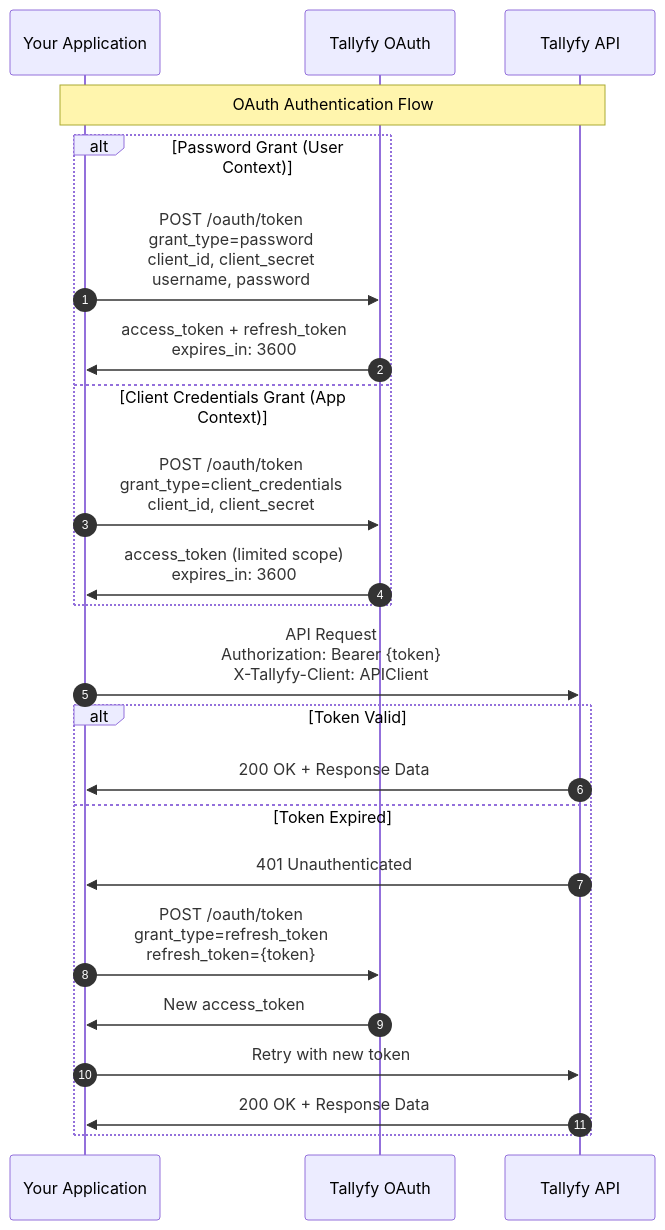
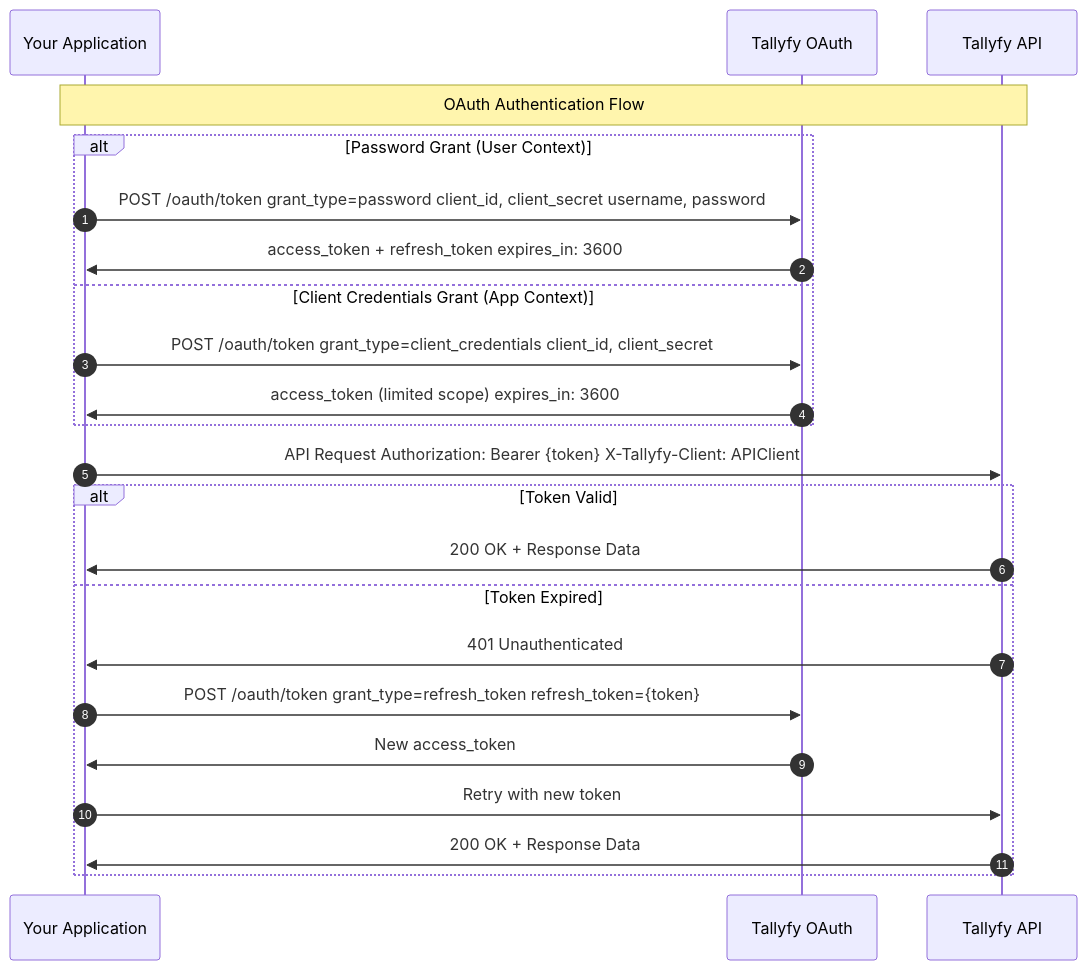
The diagram in src/content/docs/pro/integrations/open-api/how-to-integrate-with-tallyfy-using-api.mdx (tallyfy/documentation), drawn with Mermaid before and after one commit. The commit also changed 46 other files, not shown here.

Commit message:
Update Mermaid notation

````diff
--- a/src/content/docs/pro/integrations/open-api/how-to-integrate-with-tallyfy-using-api.mdx
+++ b/src/content/docs/pro/integrations/open-api/how-to-integrate-with-tallyfy-using-api.mdx
@@ -76,29 +76,29 @@
 ```mermaid
 sequenceDiagram
-    autonumber
-    participant App as Your Application
-    participant Auth as Tallyfy OAuth
-    participant API as Tallyfy API
-    
-    Note over App,API: OAuth Authentication Flow
-    
-    alt Password Grant (User Context)
-        App->>Auth: POST /oauth/token<br/>grant_type=password<br/>client_id, client_secret<br/>username, password
-        Auth->>App: access_token + refresh_token<br/>expires_in: 3600
-    else Client Credentials Grant (App Context)
-        App->>Auth: POST /oauth/token<br/>grant_type=client_credentials<br/>client_id, client_secret
-        Auth->>App: access_token (limited scope)<br/>expires_in: 3600
-    end
-    
-    App->>API: API Request<br/>Authorization: Bearer {token}<br/>X-Tallyfy-Client: APIClient
-    
-    alt Token Valid
-        API->>App: 200 OK + Response Data
-    else Token Expired
-        API->>App: 401 Unauthenticated
-        App->>Auth: POST /oauth/token<br/>grant_type=refresh_token<br/>refresh_token={token}
-        Auth->>App: New access_token
-        App->>API: Retry with new token
-        API->>App: 200 OK + Response Data
-    end
+ autonumber
+ participant App as Your Application
+ participant Auth as Tallyfy OAuth
+ participant API as Tallyfy API
+ 
+ Note over App,API: OAuth Authentication Flow
+ 
+ alt Password Grant (User Context)
+ App->>Auth: POST /oauth/token grant_type=password client_id, client_secret username, password
+ Auth->>App: access_token + refresh_token expires_in: 3600
+ else Client Credentials Grant (App Context)
+ App->>Auth: POST /oauth/token grant_type=client_credentials client_id, client_secret
+ Auth->>App: access_token (limited scope) expires_in: 3600
+ end
+ 
+ App->>API: API Request Authorization: Bearer {token} X-Tallyfy-Client: APIClient
+ 
+ alt Token Valid
+ API->>App: 200 OK + Response Data
+ else Token Expired
+ API->>App: 401 Unauthenticated
+ App->>Auth: POST /oauth/token grant_type=refresh_token refresh_token={token}
+ Auth->>App: New access_token
+ App->>API: Retry with new token
+ API->>App: 200 OK + Response Data
+ end
 ```
````
